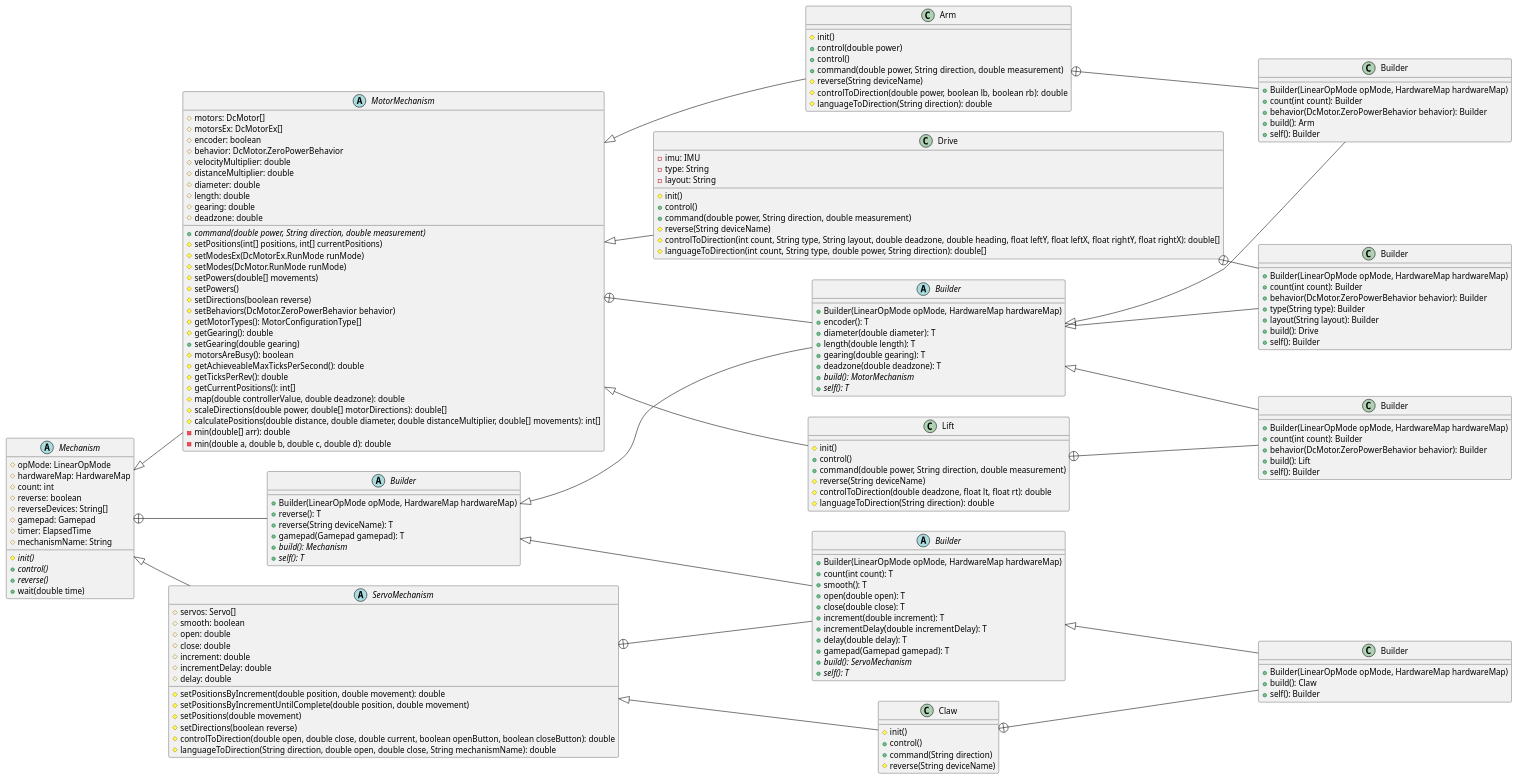
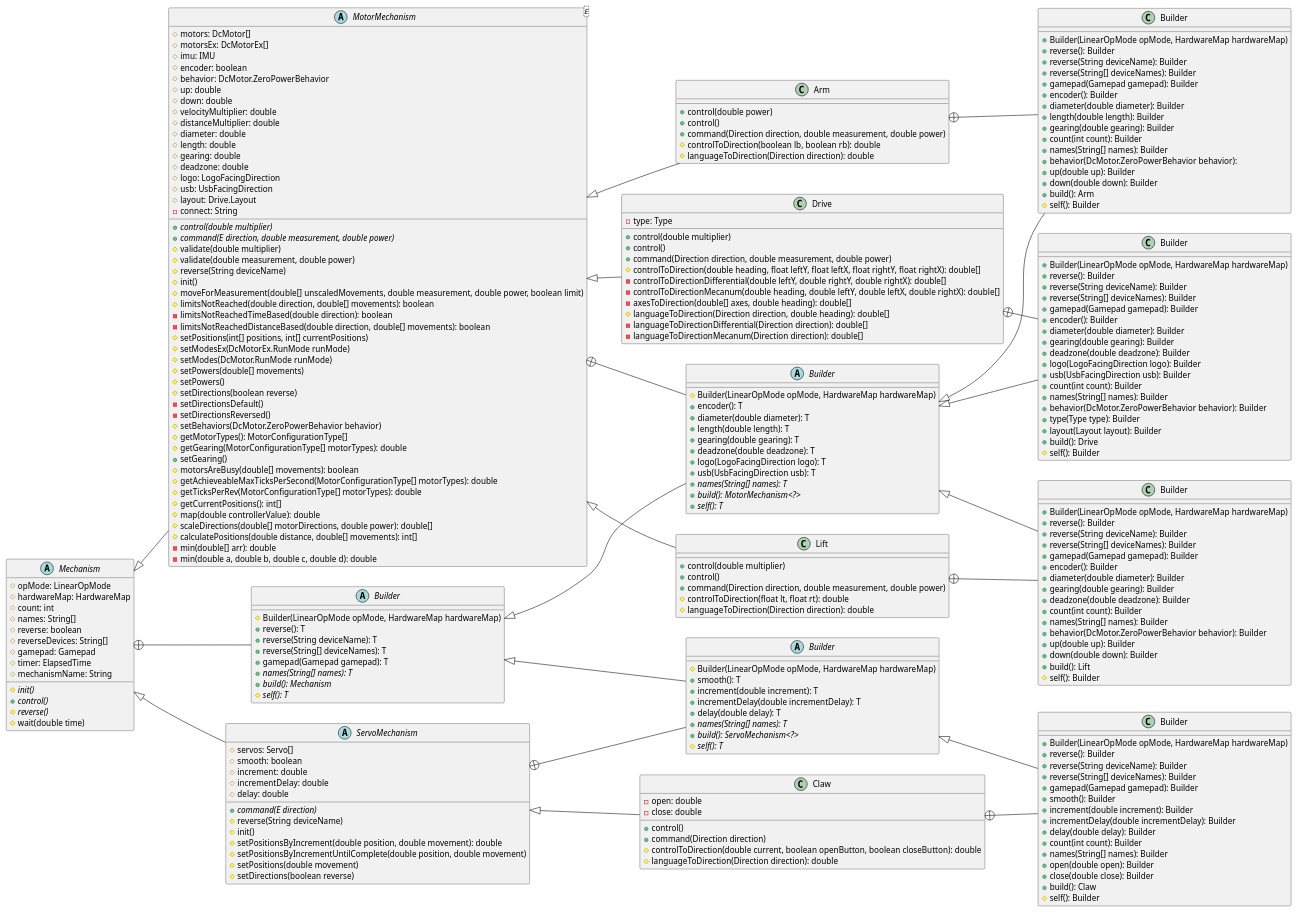
Before and after one commit to Collegiate-Edu-Nation/easy-ftc: the diagram in docs/uml/src/mechanism.puml, drawn with PlantUML. The commit also changed 1 other file, not shown here.

Commit message:
uml: update methods, field

```diff
--- a/docs/uml/src/mechanism.puml
+++ b/docs/uml/src/mechanism.puml
@@ -6,6 +6,7 @@
     # opMode: LinearOpMode
     # hardwareMap: HardwareMap
     # count: int
+    # names: String[]
     # reverse: boolean
     # reverseDevices: String[]
     # gamepad: Gamepad
@@ -13,48 +14,68 @@
     # mechanismName: String
     {abstract}# init()
     {abstract}+ control()
-    {abstract}+ reverse()
-    + wait(double time)
+    {abstract}# reverse()
+    # wait(double time)
 }
 
 abstract class "Builder" as Mechanism_Builder {
-    + Builder(LinearOpMode opMode, HardwareMap hardwareMap)
+    # Builder(LinearOpMode opMode, HardwareMap hardwareMap)
     + reverse(): T
     + reverse(String deviceName): T
+    + reverse(String[] deviceNames): T
     + gamepad(Gamepad gamepad): T
+    {abstract}+ names(String[] names): T
     {abstract}+ build(): Mechanism
-    {abstract}+ self(): T
+    {abstract}# self(): T
 }
 
-abstract class MotorMechanism {
+abstract class MotorMechanism<E> {
     # motors: DcMotor[] 
     # motorsEx: DcMotorEx[] 
+    # imu: IMU
     # encoder: boolean
     # behavior: DcMotor.ZeroPowerBehavior
+    # up: double
+    # down: double
     # velocityMultiplier: double
     # distanceMultiplier: double
     # diameter: double
     # length: double
     # gearing: double
     # deadzone: double
-    {abstract}+ command(double power, String direction, double measurement)
+    # logo: LogoFacingDirection
+    # usb: UsbFacingDirection
+    # layout: Drive.Layout
+    - connect: String
+    {abstract}+ control(double multiplier)
+    {abstract}+ command(E direction, double measurement, double power)
+    # validate(double multiplier)
+    # validate(double measurement, double power)
+    # reverse(String deviceName)
+    # init()
+    # moveForMeasurement(double[] unscaledMovements, double measurement, double power, boolean limit)
+    # limitsNotReached(double direction, double[] movements): boolean
+    - limitsNotReachedTimeBased(double direction): boolean
+    - limitsNotReachedDistanceBased(double direction, double[] movements): boolean
     # setPositions(int[] positions, int[] currentPositions)
     # setModesEx(DcMotorEx.RunMode runMode)
     # setModes(DcMotor.RunMode runMode)
     # setPowers(double[] movements)
     # setPowers()
     # setDirections(boolean reverse)
+    - setDirectionsDefault()
+    - setDirectionsReversed()
     # setBehaviors(DcMotor.ZeroPowerBehavior behavior)
     # getMotorTypes(): MotorConfigurationType[]
-    # getGearing(): double
-    + setGearing(double gearing)
-    # motorsAreBusy(): boolean
-    # getAchieveableMaxTicksPerSecond(): double
-    # getTicksPerRev(): double
+    # getGearing(MotorConfigurationType[] motorTypes): double
+    + setGearing()
+    # motorsAreBusy(double[] movements): boolean
+    # getAchieveableMaxTicksPerSecond(MotorConfigurationType[] motorTypes): double
+    # getTicksPerRev(MotorConfigurationType[] motorTypes): double
     # getCurrentPositions(): int[]
-    # map(double controllerValue, double deadzone): double
-    # scaleDirections(double power, double[] motorDirections): double[]
-    # calculatePositions(double distance, double diameter, double distanceMultiplier, double[] movements): int[]
+    # map(double controllerValue): double
+    # scaleDirections(double[] motorDirections, double power): double[]
+    # calculatePositions(double distance, double[] movements): int[]
     - min(double[] arr): double
     - min(double a, double b, double c, double d): double
 }
@@ -62,112 +83,157 @@
 abstract class ServoMechanism {
     # servos: Servo[]
     # smooth: boolean
-    # open: double
-    # close: double
     # increment: double
     # incrementDelay: double
     # delay: double
+    {abstract}+ command(E direction)
+    # reverse(String deviceName)
+    # init()
     # setPositionsByIncrement(double position, double movement): double
     # setPositionsByIncrementUntilComplete(double position, double movement)
     # setPositions(double movement)
     # setDirections(boolean reverse)
-    # controlToDirection(double open, double close, double current, boolean openButton, boolean closeButton): double
-    # languageToDirection(String direction, double open, double close, String mechanismName): double
 }
 
 abstract class "Builder" as MotorMechanism_Builder {
-    + Builder(LinearOpMode opMode, HardwareMap hardwareMap)
+    # Builder(LinearOpMode opMode, HardwareMap hardwareMap)
     + encoder(): T
     + diameter(double diameter): T
     + length(double length): T
     + gearing(double gearing): T
     + deadzone(double deadzone): T
-    {abstract}+ build(): MotorMechanism
+    + logo(LogoFacingDirection logo): T
+    + usb(UsbFacingDirection usb): T
+    {abstract}+ names(String[] names): T
+    {abstract}+ build(): MotorMechanism<?>
     {abstract}+ self(): T
 }
 
 abstract class "Builder" as ServoMechanism_Builder {
-    + Builder(LinearOpMode opMode, HardwareMap hardwareMap)
-    + count(int count): T
+    # Builder(LinearOpMode opMode, HardwareMap hardwareMap)
     + smooth(): T
-    + open(double open): T
-    + close(double close): T
     + increment(double increment): T
     + incrementDelay(double incrementDelay): T
     + delay(double delay): T
-    + gamepad(Gamepad gamepad): T
-    {abstract}+ build(): ServoMechanism
-    {abstract}+ self(): T
+    {abstract}+ names(String[] names): T
+    {abstract}+ build(): ServoMechanism<?>
+    {abstract}# self(): T
 }
 
 class Arm {
-    # init()
     + control(double power)
     + control()
-    + command(double power, String direction, double measurement)
-    # reverse(String deviceName)
-    # controlToDirection(double power, boolean lb, boolean rb): double
-    # languageToDirection(String direction): double
+    + command(Direction direction, double measurement, double power)
+    # controlToDirection(boolean lb, boolean rb): double
+    # languageToDirection(Direction direction): double
 }
 
 class Claw {
-    # init()
+    - open: double
+    - close: double
     + control()
-    + command(String direction)
-    # reverse(String deviceName)
+    + command(Direction direction)
+    # controlToDirection(double current, boolean openButton, boolean closeButton): double
+    # languageToDirection(Direction direction): double
 }
 
 class Drive {
-    - imu: IMU
-    - type: String
-    - layout: String
-    # init()
+    - type: Type
+    + control(double multiplier)
     + control()
-    + command(double power, String direction, double measurement)
-    # reverse(String deviceName)
-    # controlToDirection(int count, String type, String layout, double deadzone, double heading, float leftY, float leftX, float rightY, float rightX): double[]
-    # languageToDirection(int count, String type, double power, String direction): double[]
+    + command(Direction direction, double measurement, double power)
+    # controlToDirection(double heading, float leftY, float leftX, float rightY, float rightX): double[]
+    - controlToDirectionDifferential(double leftY, double rightY, double rightX): double[]
+    - controlToDirectionMecanum(double heading, double leftY, double leftX, double rightX): double[]
+    - axesToDirection(double[] axes, double heading): double[]
+    # languageToDirection(Direction direction, double heading): double[]
+    - languageToDirectionDifferential(Direction direction): double[]
+    - languageToDirectionMecanum(Direction direction): double[]
 }
 
 class Lift {
-    # init()
+    + control(double multiplier)
     + control()
-    + command(double power, String direction, double measurement)
-    # reverse(String deviceName)
-    # controlToDirection(double deadzone, float lt, float rt): double
-    # languageToDirection(String direction): double
+    + command(Direction direction, double measurement, double power)
+    # controlToDirection(float lt, float rt): double
+    # languageToDirection(Direction direction): double
 }
 
 class "Builder" as Arm_Builder {
     + Builder(LinearOpMode opMode, HardwareMap hardwareMap)
+    + reverse(): Builder
+    + reverse(String deviceName): Builder
+    + reverse(String[] deviceNames): Builder
+    + gamepad(Gamepad gamepad): Builder
+    + encoder(): Builder
+    + diameter(double diameter): Builder
+    + length(double length): Builder
+    + gearing(double gearing): Builder
     + count(int count): Builder
-    + behavior(DcMotor.ZeroPowerBehavior behavior): Builder
+    + names(String[] names): Builder
+    + behavior(DcMotor.ZeroPowerBehavior behavior): 
+    + up(double up): Builder
+    + down(double down): Builder
     + build(): Arm
-    + self(): Builder
+    # self(): Builder
 }
 
 class "Builder" as Claw_Builder {
     + Builder(LinearOpMode opMode, HardwareMap hardwareMap)
+    + reverse(): Builder
+    + reverse(String deviceName): Builder
+    + reverse(String[] deviceNames): Builder
+    + gamepad(Gamepad gamepad): Builder
+    + smooth(): Builder
+    + increment(double increment): Builder
+    + incrementDelay(double incrementDelay): Builder
+    + delay(double delay): Builder
+    + count(int count): Builder
+    + names(String[] names): Builder
+    + open(double open): Builder
+    + close(double close): Builder
     + build(): Claw
-    + self(): Builder
+    # self(): Builder
 }
 
 class "Builder" as Drive_Builder {
     + Builder(LinearOpMode opMode, HardwareMap hardwareMap)
+    + reverse(): Builder
+    + reverse(String deviceName): Builder
+    + reverse(String[] deviceNames): Builder
+    + gamepad(Gamepad gamepad): Builder
+    + encoder(): Builder
+    + diameter(double diameter): Builder
+    + gearing(double gearing): Builder
+    + deadzone(double deadzone): Builder
+    + logo(LogoFacingDirection logo): Builder
+    + usb(UsbFacingDirection usb): Builder
     + count(int count): Builder
+    + names(String[] names): Builder
     + behavior(DcMotor.ZeroPowerBehavior behavior): Builder
-    + type(String type): Builder
-    + layout(String layout): Builder
+    + type(Type type): Builder
+    + layout(Layout layout): Builder
     + build(): Drive
-    + self(): Builder
+    # self(): Builder
 }
 
 class "Builder" as Lift_Builder {
     + Builder(LinearOpMode opMode, HardwareMap hardwareMap)
+    + reverse(): Builder
+    + reverse(String deviceName): Builder
+    + reverse(String[] deviceNames): Builder
+    + gamepad(Gamepad gamepad): Builder
+    + encoder(): Builder
+    + diameter(double diameter): Builder
+    + gearing(double gearing): Builder
+    + deadzone(double deadzone): Builder
     + count(int count): Builder
+    + names(String[] names): Builder
     + behavior(DcMotor.ZeroPowerBehavior behavior): Builder
+    + up(double up): Builder
+    + down(double down): Builder
     + build(): Lift
-    + self(): Builder
+    # self(): Builder
 }
 
 Mechanism <|-- MotorMechanism
```
